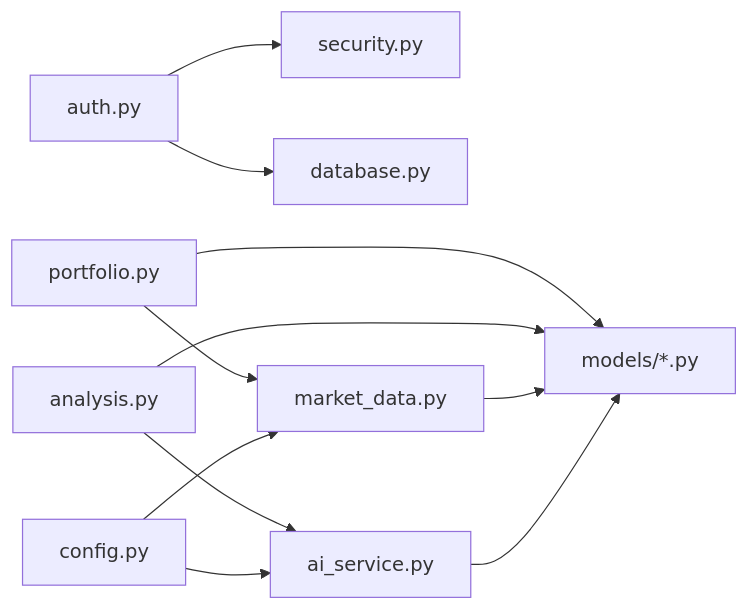
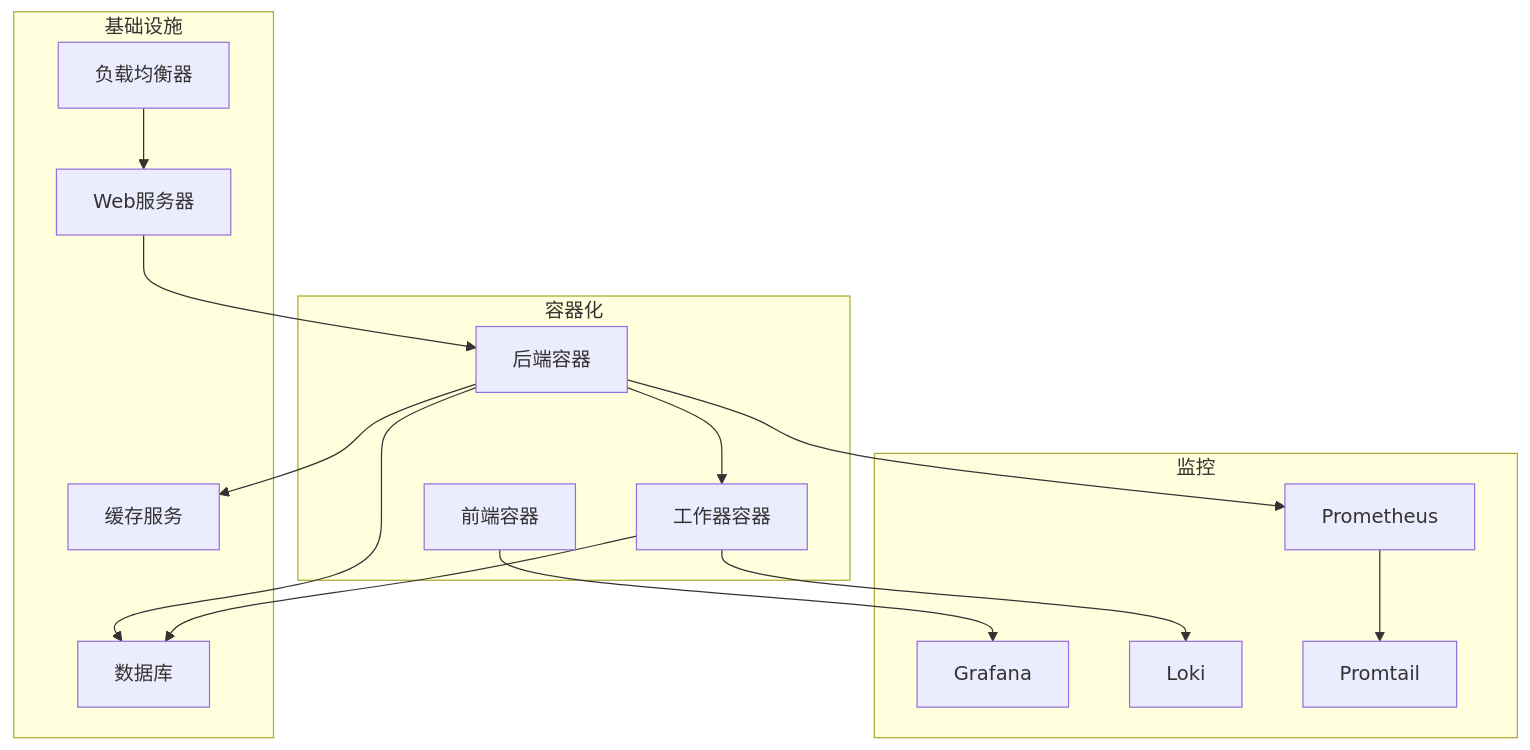
Before and after one commit to breeze-lyf/ai-stock-advisor: the sixth of 6 diagrams in .qoder/repowiki/zh/content/系统架构/系统架构.md, drawn with Mermaid. The commit also changed other lines of this file and 43 other files, not shown here.

Commit message:
feat: Enhance AI analysis service, update market data providers, and refactor stock detail UI with new analysis components.

````diff
--- a/.qoder/repowiki/zh/content/系统架构/系统架构.md
+++ b/.qoder/repowiki/zh/content/系统架构/系统架构.md
@@ -365,13 +434,30 @@
 ```mermaid
-graph LR
-API_AUTH["auth.py"] --> CORE_SEC["security.py"]
-API_AUTH --> CORE_DB["database.py"]
-API_PORT["portfolio.py"] --> SVC_MD["market_data.py"]
-API_ANAL["analysis.py"] --> SVC_AI["ai_service.py"]
-API_PORT --> MODELS["models/*.py"]
-API_ANAL --> MODELS
-SVC_MD --> MODELS
-SVC_AI --> MODELS
-CORE_CFG["config.py"] --> SVC_AI
-CORE_CFG --> SVC_MD
+graph TB
+subgraph "基础设施"
+LoadBalancer["负载均衡器"]
+WebServer["Web服务器"]
+Database["数据库"]
+Cache["缓存服务"]
+end
+subgraph "容器化"
+BackendContainer["后端容器"]
+FrontendContainer["前端容器"]
+WorkerContainer["工作器容器"]
+end
+subgraph "监控"
+Prometheus["Prometheus"]
+Grafana["Grafana"]
+Loki["Loki"]
+Promtail["Promtail"]
+end
+LoadBalancer --> WebServer
+WebServer --> BackendContainer
+BackendContainer --> Database
+BackendContainer --> Cache
+BackendContainer --> WorkerContainer
+WorkerContainer --> Database
+BackendContainer --> Prometheus
+FrontendContainer --> Grafana
+WorkerContainer --> Loki
+Prometheus --> Promtail
 ```
````
